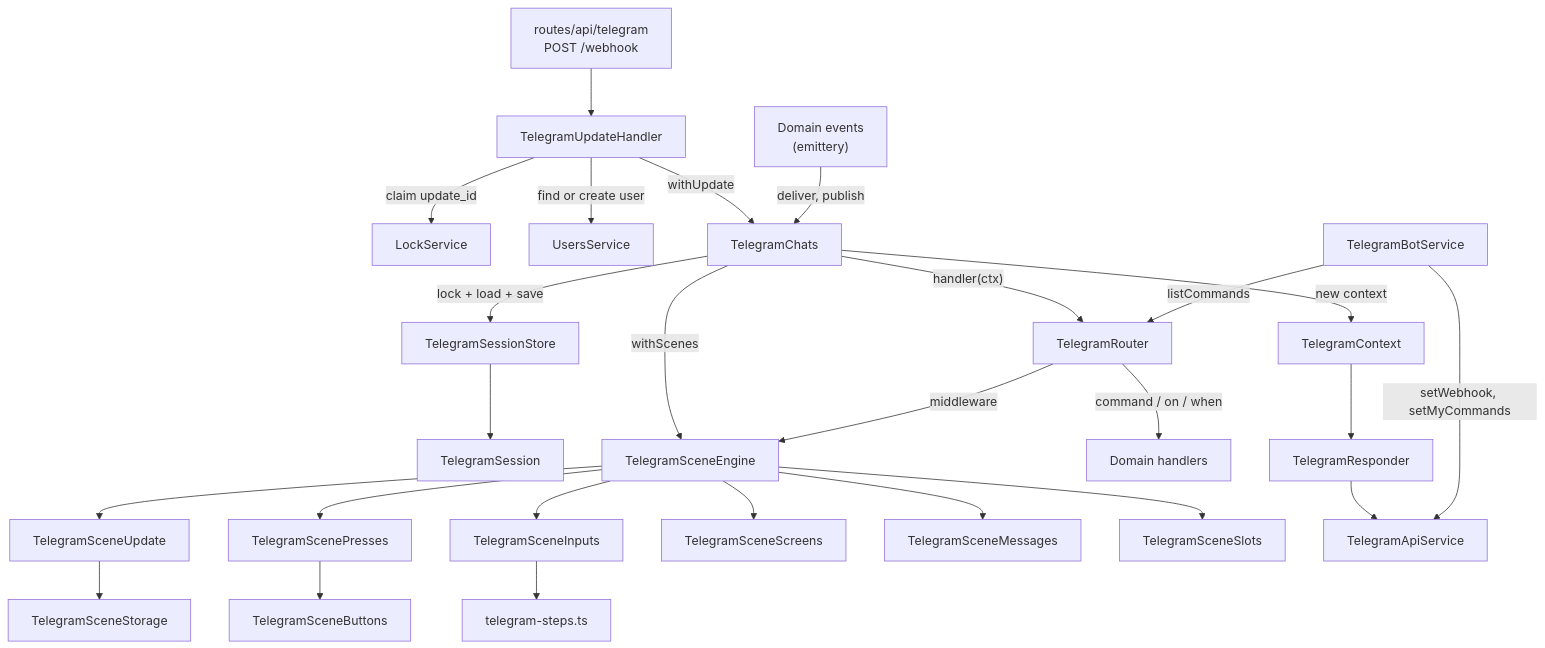
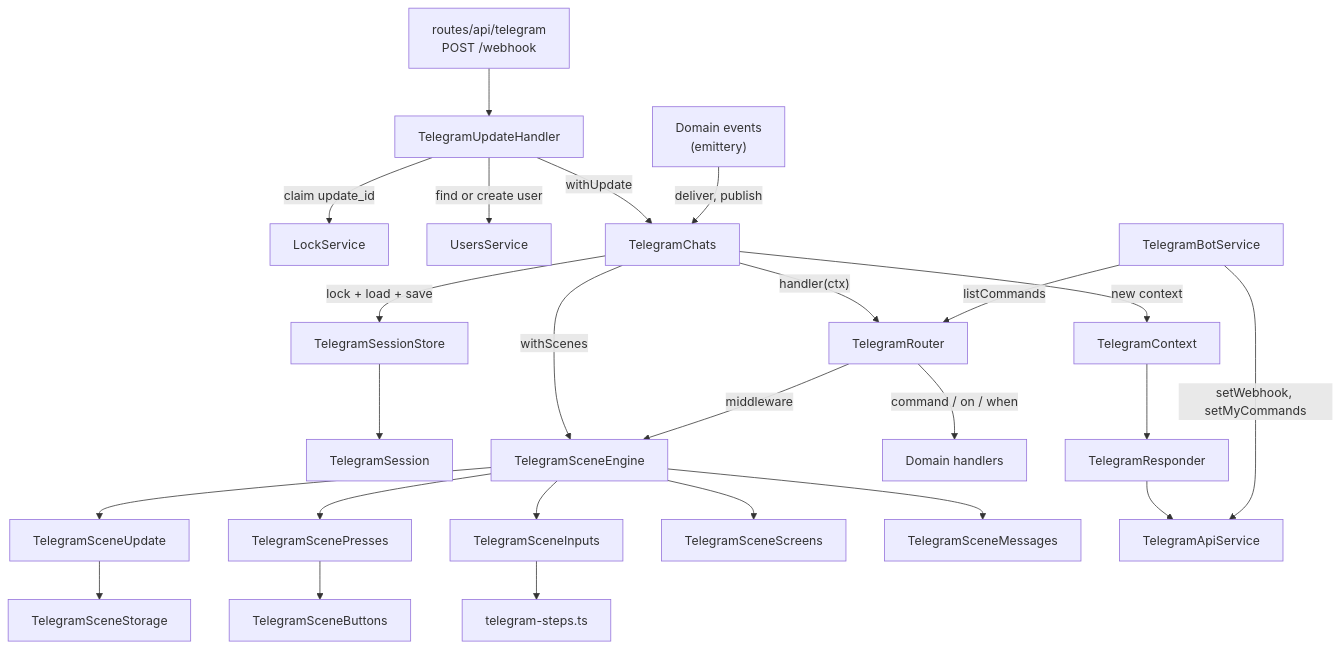
One commit to ayuvlasenko/smart-assistant changed the first of 6 diagrams in apps/server/src/plugins/app/telegram/README.md. Above: the diagram before and after it, drawn with Mermaid. The commit also changed other lines of this file and 11 other files, not shown here.

First line of the commit message:
refactor: remove slots from the scene engine

````diff
--- a/apps/server/src/plugins/app/telegram/README.md
+++ b/apps/server/src/plugins/app/telegram/README.md
@@ -234,34 +233,33 @@
 ```mermaid
 flowchart TD
     route["routes/api/telegram<br/>POST /webhook"] --> handler[TelegramUpdateHandler]
     handler -->|"claim update_id"| lock[LockService]
     handler -->|"find or create user"| users[UsersService]
     handler -->|withUpdate| chats[TelegramChats]
 
     chats -->|"lock + load + save"| sessions[TelegramSessionStore]
     sessions --> session[TelegramSession]
     chats -->|"new context"| ctx[TelegramContext]
     chats -->|withScenes| engine[TelegramSceneEngine]
     chats -->|"handler(ctx)"| router[TelegramRouter]
 
     router -->|"middleware"| engine
     router -->|"command / on / when"| domain["Domain handlers"]
 
     engine --> update[TelegramSceneUpdate]
     update --> storage[TelegramSceneStorage]
     engine --> presses[TelegramScenePresses]
     presses --> buttons[TelegramSceneButtons]
     engine --> inputs[TelegramSceneInputs]
     engine --> screens[TelegramSceneScreens]
     engine --> messages[TelegramSceneMessages]
-    engine --> slots[TelegramSceneSlots]
     inputs --> steps["telegram-steps.ts"]
 
     ctx --> responder[TelegramResponder]
     responder --> api[TelegramApiService]
 
     domainEvents["Domain events<br/>(emittery)"] -->|"deliver, publish"| chats
 
     bot[TelegramBotService] -->|"setWebhook, setMyCommands"| api
     bot -->|listCommands| router
 ```
````
